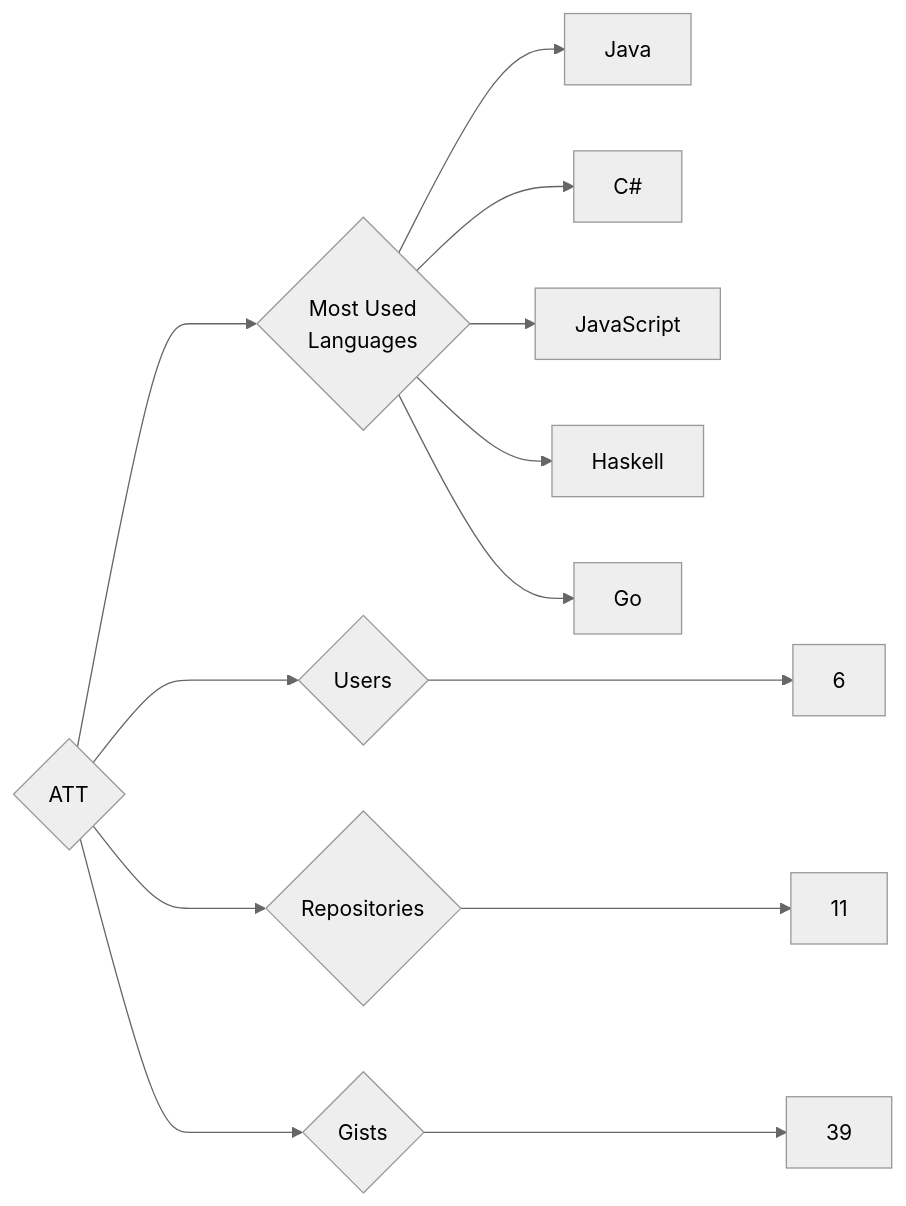
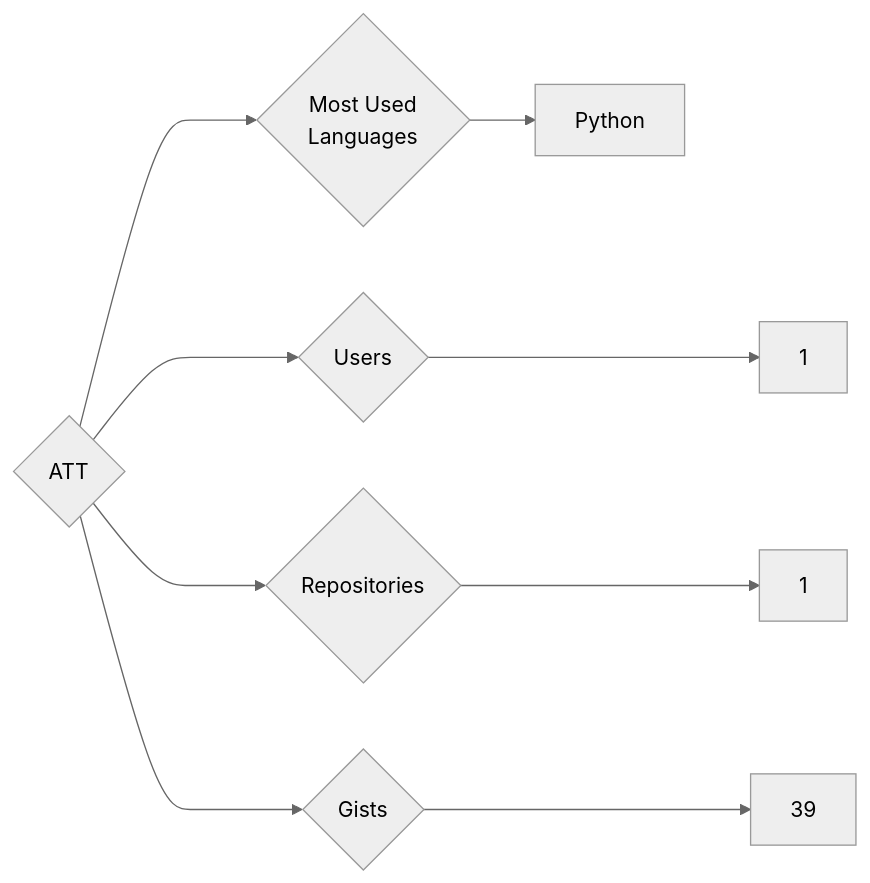
Before and after one commit to trickest/insiders: the diagram in targets/ATT/README.md, drawn with Mermaid (neutral theme). The commit also changed 1141 other files, not shown here.

````diff
--- a/targets/ATT/README.md
+++ b/targets/ATT/README.md
@@ -3,13 +3,9 @@
 ```mermaid
 graph LR
 COMPANY_NAME{ATT}
-COMPANY_NAME ---> U{Users} ---> UN[6]
-COMPANY_NAME ---> R{Repositories} ---> RN[11]
+COMPANY_NAME ---> U{Users} ---> UN[1]
+COMPANY_NAME ---> R{Repositories} ---> RN[1]
 COMPANY_NAME ---> G{Gists} ---> GN[39]
 COMPANY_NAME ---> ML{Most Used<br>Languages}
-ML --> Java[Java]
-ML --> C#[C#]
-ML --> JavaScript[JavaScript]
-ML --> Haskell[Haskell]
-ML --> Go[Go]
+ML --> Python[Python]
 ```
````
